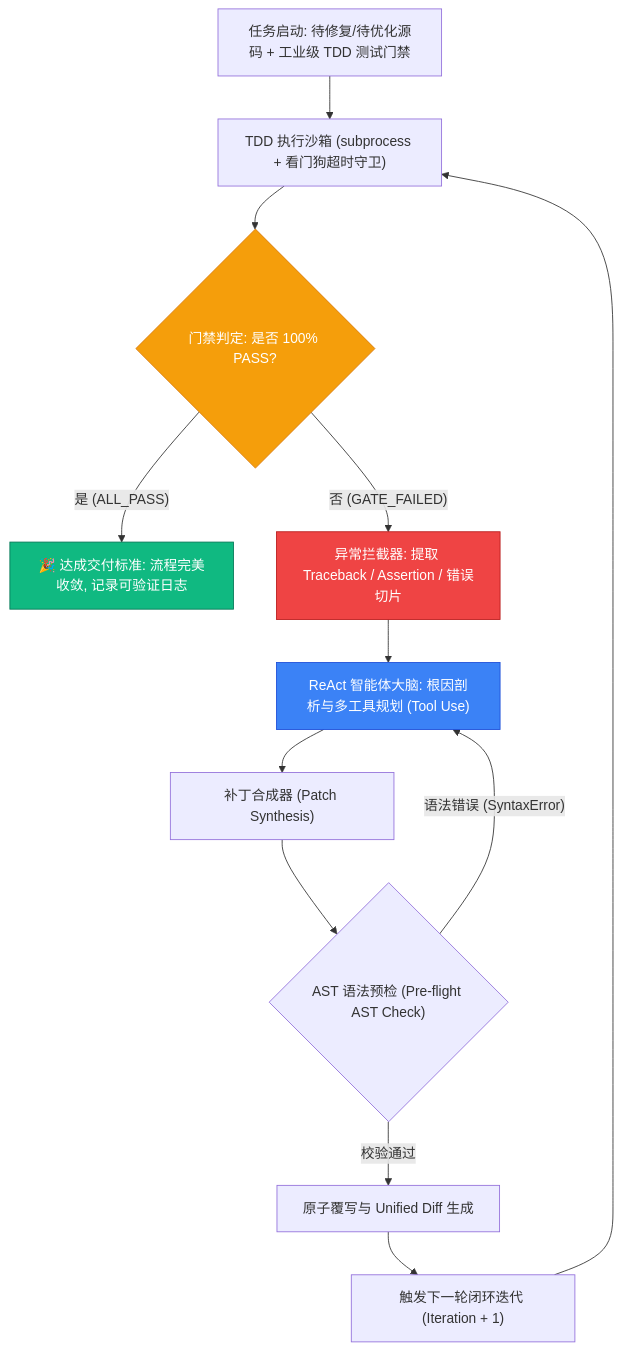
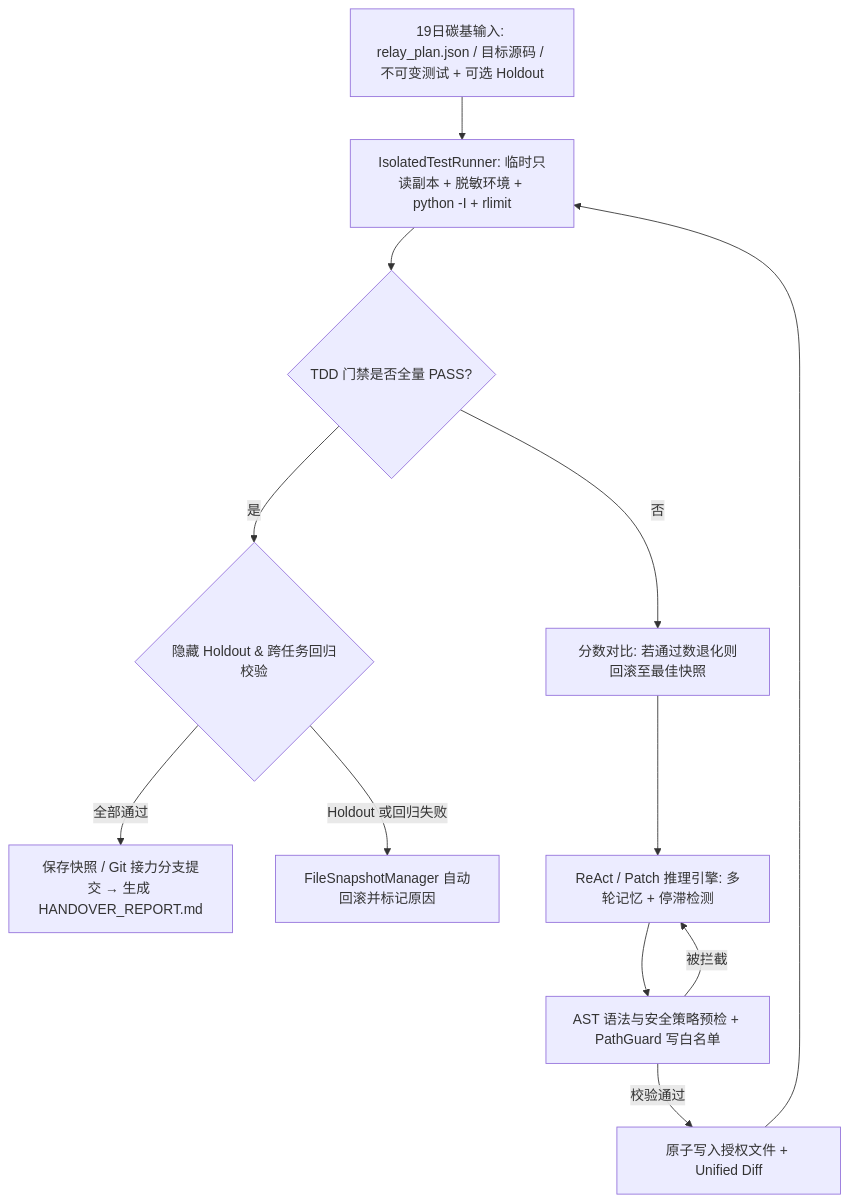
The diagram in README.md (aarchyyy/autonomous-code-agent), drawn with Mermaid before and after one commit. The commit also changed other lines of this file and 32 other files, not shown here.

Commit message:
feat: upgrade ACS-Agent with layered sandbox, multi-file ReAct, 24h night relay, and SSE workbench

````diff
--- a/README.md
+++ b/README.md
@@ -35,22 +45,14 @@
 ```mermaid
 flowchart TD
-    A["任务启动: 待修复/待优化源码 + 工业级 TDD 测试门禁"] --> B["TDD 执行沙箱 (subprocess + 看门狗超时守卫)"]
-    B --> C{"门禁判定: 是否 100% PASS?"}
-    
-    C -- "是 (ALL_PASS)" --> D["🎉 达成交付标准: 流程完美收敛, 记录可验证日志"]
-    
-    C -- "否 (GATE_FAILED)" --> E["异常拦截器: 提取 Traceback / Assertion / 错误切片"]
-    E --> F["ReAct 智能体大脑: 根因剖析与多工具规划 (Tool Use)"]
-    F --> G["补丁合成器 (Patch Synthesis)"]
-    G --> H{"AST 语法预检 (Pre-flight AST Check)"}
-    
-    H -- "语法错误 (SyntaxError)" --> F
-    H -- "校验通过" --> I["原子覆写与 Unified Diff 生成"]
-    I --> J["触发下一轮闭环迭代 (Iteration + 1)"]
+    A["19日碳基输入: relay_plan.json / 目标源码 / 不可变测试 + 可选 Holdout"] --> B["IsolatedTestRunner: 临时只读副本 + 脱敏环境 + python -I + rlimit"]
+    B --> C{"TDD 门禁是否全量 PASS?"}
+    C -- "是" --> D{"隐藏 Holdout & 跨任务回归校验"}
+    D -- "全部通过" --> E["保存快照 / Git 接力分支提交 → 生成 HANDOVER_REPORT.md"]
+    D -- "Holdout 或回归失败" --> F["FileSnapshotManager 自动回滚并标记原因"]
+    C -- "否" --> G["分数对比: 若通过数退化则回滚至最佳快照"]
+    G --> H["ReAct / Patch 推理引擎: 多轮记忆 + 停滞检测"]
+    H --> I["AST 语法与安全策略预检 + PathGuard 写白名单"]
+    I -- "校验通过" --> J["原子写入授权文件 + Unified Diff"]
+    I -- "被拦截" --> H
     J --> B
-
-    style D fill:#10b981,stroke:#047857,color:#fff
-    style C fill:#f59e0b,stroke:#d97706,color:#fff
-    style E fill:#ef4444,stroke:#b91c1c,color:#fff
-    style F fill:#3b82f6,stroke:#1d4ed8,color:#fff
 ```
````
